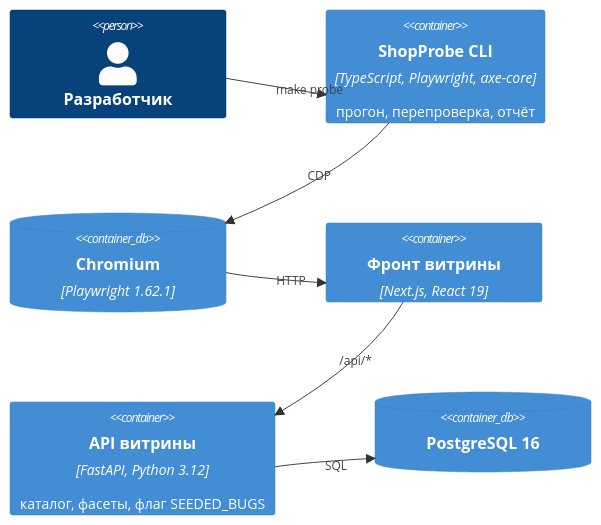
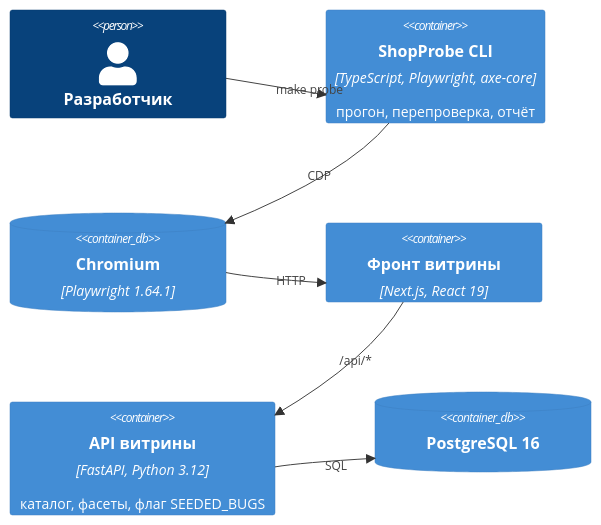
Before and after one commit to Georgy213123/shopprobe: the second of 2 diagrams in docs/03-design/architecture.md, drawn with Mermaid. The commit also changed 11 other files, not shown here.

First line of the commit message:
docs: второй круг ревью SP-01…SP-04, пропуски в требованиях, данные ShopProbe в ER

````diff
--- a/docs/03-design/architecture.md
+++ b/docs/03-design/architecture.md
@@ -23,14 +23,14 @@
 ```mermaid
 C4Container
   Person(dev, "Разработчик")
   Container(probe, "ShopProbe CLI", "TypeScript, Playwright, axe-core", "прогон, перепроверка, отчёт")
-  ContainerDb(chromium, "Chromium", "Playwright 1.62.1")
+  ContainerDb(chromium, "Chromium", "Playwright 1.64.1")
   Container(web, "Фронт витрины", "Next.js, React 19")
   Container(api, "API витрины", "FastAPI, Python 3.12", "каталог, фасеты, флаг SEEDED_BUGS")
   ContainerDb(db, "PostgreSQL 16", "")
   Rel(dev, probe, "make probe")
   Rel(probe, chromium, "CDP")
   Rel(chromium, web, "HTTP")
   Rel(web, api, "/api/*")
   Rel(api, db, "SQL")
 ```
````
